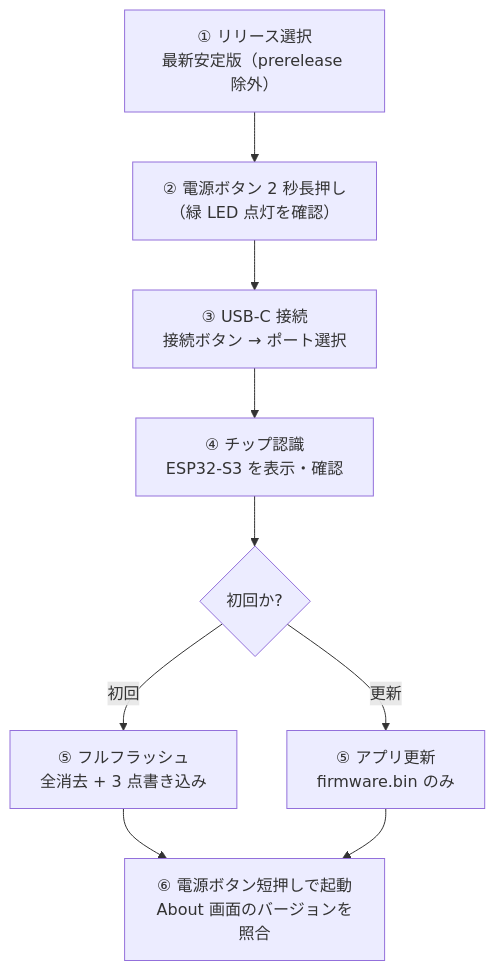
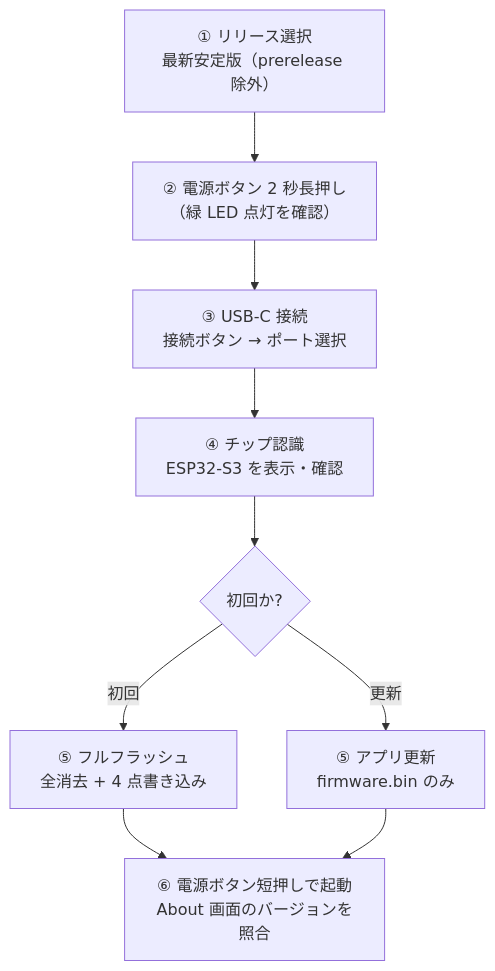
The first of 4 diagrams in docs/14-web-flasher-design.md (japan4415/m5s-sw-life-counter), drawn with Mermaid before and after one commit. The commit also changed other lines of this file and 1 other file, not shown here.

````diff
--- a/docs/14-web-flasher-design.md
+++ b/docs/14-web-flasher-design.md
@@ -96,11 +97,11 @@
 ```mermaid
 flowchart TD
     A["① リリース選択<br>最新安定版（prerelease 除外）"] --> B["② 電源ボタン 2 秒長押し<br>（緑 LED 点灯を確認）"]
     B --> C["③ USB-C 接続<br>接続ボタン → ポート選択"]
     C --> D["④ チップ認識<br>ESP32-S3 を表示・確認"]
     D --> E{初回か?}
-    E -- 初回 --> F["⑤ フルフラッシュ<br>全消去 + 3 点書き込み"]
+    E -- 初回 --> F["⑤ フルフラッシュ<br>全消去 + 4 点書き込み"]
     E -- 更新 --> G["⑤ アプリ更新<br>firmware.bin のみ"]
     F --> H["⑥ 電源ボタン短押しで起動<br>About 画面のバージョンを照合"]
     G --> H
 ```
````
